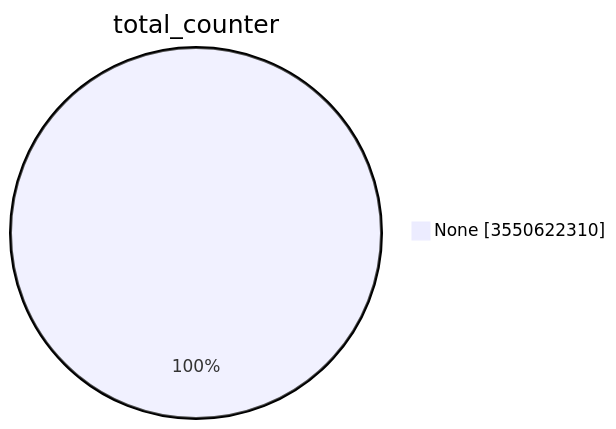
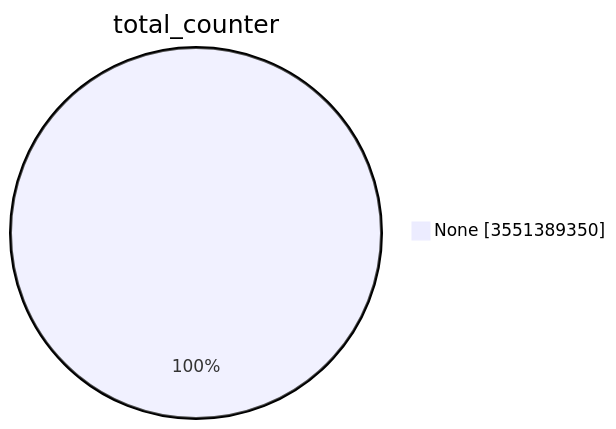
Before and after one commit to christiankrug/ctmonitor_visualization: the first of 15 diagrams in TOTAL/README.md, drawn with Mermaid. The commit also changed other lines of this file, not shown here.

````diff
--- a/TOTAL/README.md
+++ b/TOTAL/README.md
@@ -1,5 +1,5 @@
 ```mermaid
 pie showData
 title total_counter
-"None" :3550622310
+"None" :3551389350
 ```
````
